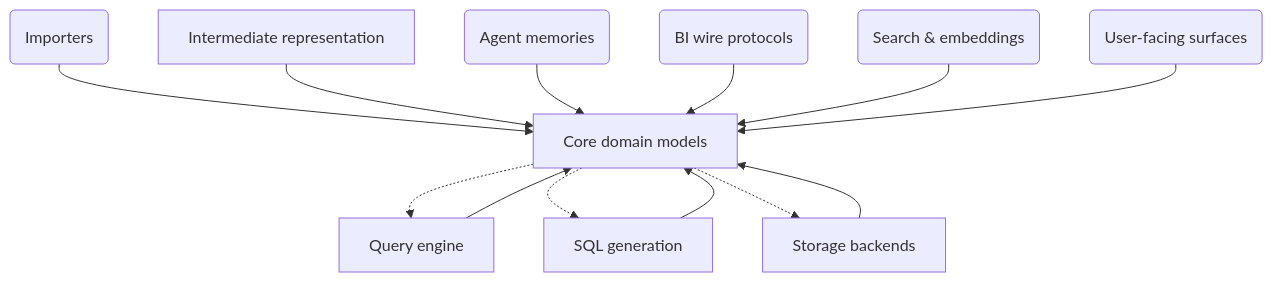
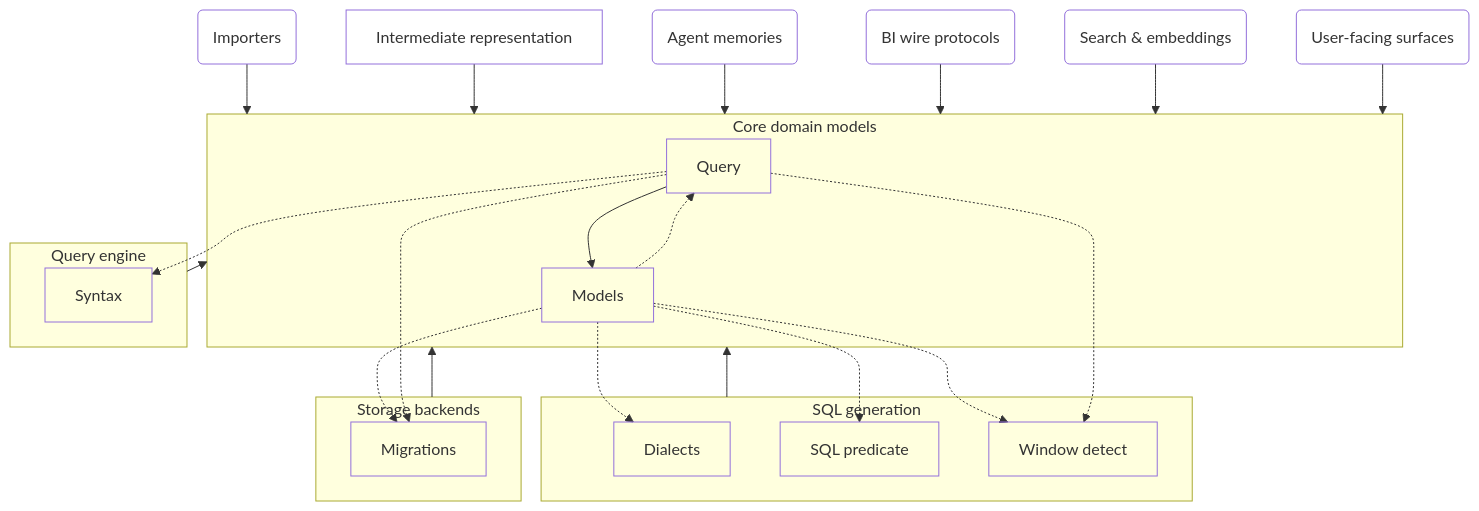
Before and after one commit to MotleyAI/slayer: the diagram in architecture/core.arc42.md, drawn with Mermaid. The commit also changed other lines of this file and 18 other files, not shown here.

````diff
--- a/architecture/core.arc42.md
+++ b/architecture/core.arc42.md
@@ -15,26 +17,45 @@
 ```mermaid
 flowchart TD
   %% core_focus: Core in context
-  core["Core domain models"]
-  engine["Query engine"]
-  sql["SQL generation"]
-  storage["Storage backends"]
+  subgraph core["Core domain models"]
+    core__query["Query"]
+    core__models["Models"]
+  end
+  subgraph sql["SQL generation"]
+    sql__dialects["Dialects"]
+    sql__sql_predicate["SQL predicate"]
+    sql__window_detect["Window detect"]
+  end
+  subgraph engine["Query engine"]
+    engine__syntax["Syntax"]
+  end
+  ir["Intermediate representation"]
+  subgraph storage["Storage backends"]
+    storage__migrations["Migrations"]
+  end
   importers("Importers")
-  ir["Intermediate representation"]
+  search("Search & embeddings")
   memories("Agent memories")
   protocols("BI wire protocols")
-  search("Search & embeddings")
   surfaces("User-facing surfaces")
-  core -.-> engine
-  core -.-> sql
-  core -.-> storage
+  core__query -.-> engine__syntax
+  core__models -.-> sql__dialects
+  core__models -.-> sql__sql_predicate
+  core__models -.-> sql__window_detect
+  core__query -.-> sql__window_detect
+  core__models -.-> storage__migrations
+  core__query -.-> storage__migrations
+  core__models -.-> core__query
+  core__query --> core__models
   engine --> core
   importers --> core
   ir --> core
   memories --> core
   protocols --> core
   search --> core
   sql --> core
   storage --> core
   surfaces --> core
+  classDef leaf fill:none;
+  class core__query,core__models,sql__dialects,sql__sql_predicate,sql__window_detect,engine__syntax,ir,storage__migrations,importers,search,memories,protocols,surfaces leaf;
 ```
````
